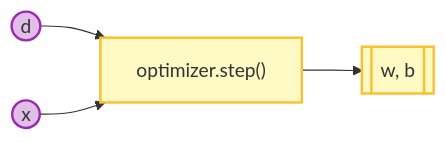
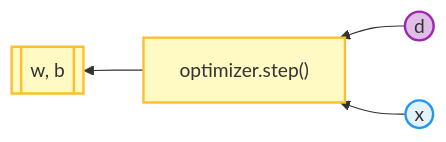
One commit to GPTmini/GPTmini changed the diagram in mermaid-scripts/01-step.mmd. Above: the diagram before and after it, drawn with Mermaid. The commit also changed 4 other files, not shown here.

```diff
--- a/mermaid-scripts/01-step.mmd
+++ b/mermaid-scripts/01-step.mmd
@@ -1,10 +1,10 @@
-flowchart LR
+flowchart RL
     classDef in fill:#E3F2FD,stroke:#2196F3,stroke-width:2px;
     classDef model fill:#FFF9C4,stroke:#FBC02D,stroke-width:2px;
     classDef data fill:#E1BEE7,stroke:#9C27B0,stroke-width:2px;
     classDef test fill:#F8BBD0,stroke:#E91E63,stroke-width:2px;
     classDef out fill:#DCEDC8,stroke:#8BC34A,stroke-width:2px;
     classDef skip stroke:#B0BEC5,stroke-width:2px,stroke-dasharray: 5 5;
 
     d((d)):::data --> B["optimizer.step()"]:::model --> W[[w, b]]:::model
-    x((x)):::data --> B
+    x((x)):::in --> B
```
